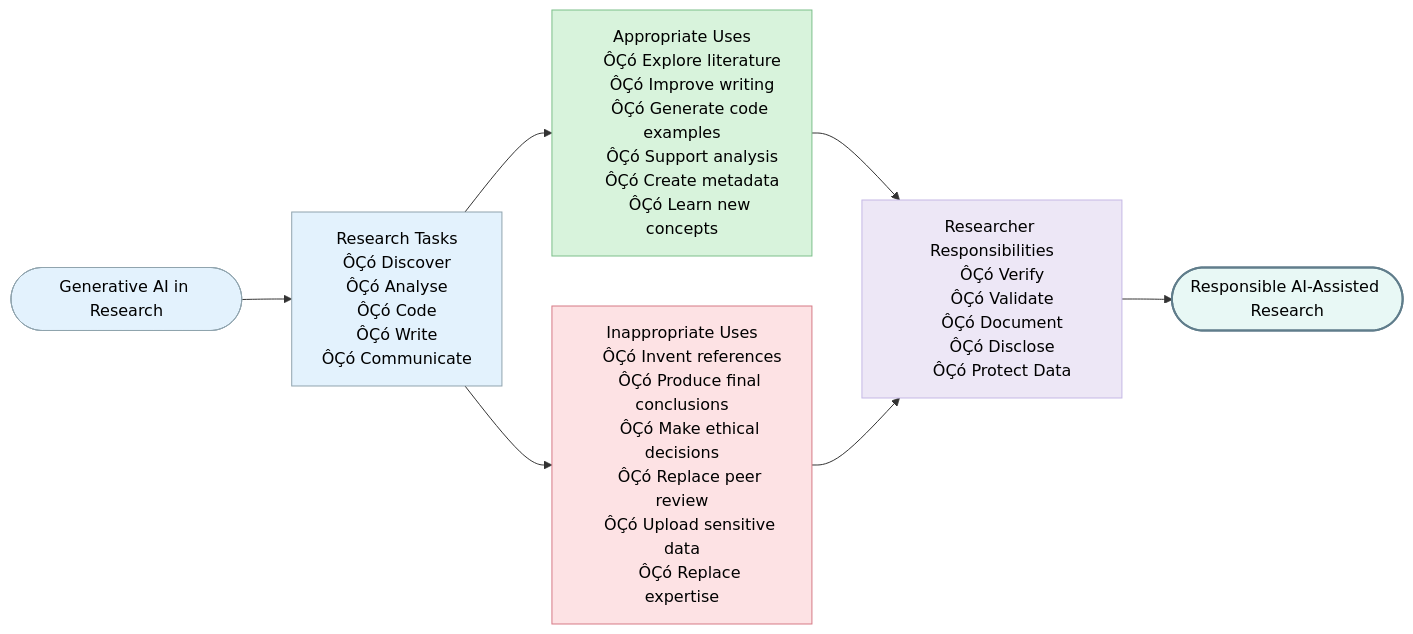
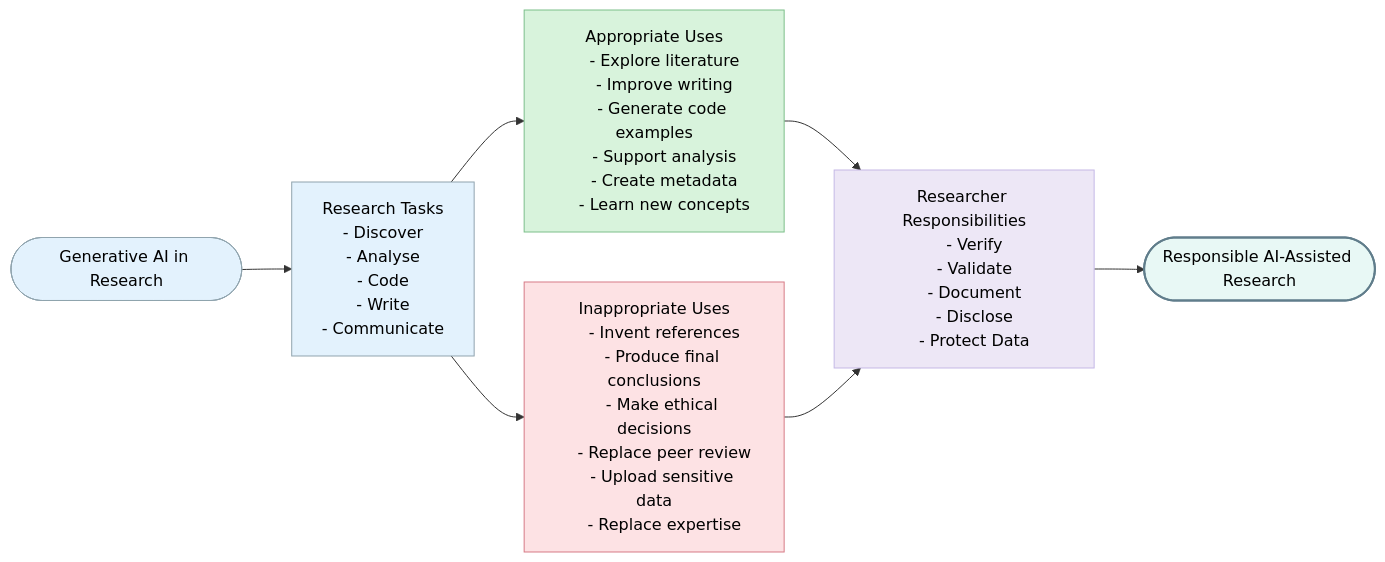
The first of 2 diagrams in 5.3-Responsible-Use-of-Generative-AI-in-Research.md (Digital-Future-Institute/CoARA), drawn with Mermaid before and after one commit. The commit also changed other lines of this file and 50 other files, not shown here.

````diff
--- a/5.3-Responsible-Use-of-Generative-AI-in-Research.md
+++ b/5.3-Responsible-Use-of-Generative-AI-in-Research.md
@@ -91,59 +91,59 @@
 ```mermaid
 flowchart LR
 
     A([Generative AI in Research])
 
     B["Research Tasks
-    ÔÇó Discover
-    ÔÇó Analyse
-    ÔÇó Code
-    ÔÇó Write
-    ÔÇó Communicate"]
+    - Discover
+    - Analyse
+    - Code
+    - Write
+    - Communicate"]
 
     A --> B
 
     C["Appropriate Uses
-    ÔÇó Explore literature
-    ÔÇó Improve writing
-    ÔÇó Generate code examples
-    ÔÇó Support analysis
-    ÔÇó Create metadata
-    ÔÇó Learn new concepts"]
+    - Explore literature
+    - Improve writing
+    - Generate code examples
+    - Support analysis
+    - Create metadata
+    - Learn new concepts"]
 
     D["Inappropriate Uses
-    ÔÇó Invent references
-    ÔÇó Produce final conclusions
-    ÔÇó Make ethical decisions
-    ÔÇó Replace peer review
-    ÔÇó Upload sensitive data
-    ÔÇó Replace expertise"]
+    - Invent references
+    - Produce final conclusions
+    - Make ethical decisions
+    - Replace peer review
+    - Upload sensitive data
+    - Replace expertise"]
 
     B --> C
     B --> D
 
     E["Researcher Responsibilities
-    ÔÇó Verify
-    ÔÇó Validate
-    ÔÇó Document
-    ÔÇó Disclose
-    ÔÇó Protect Data"]
+    - Verify
+    - Validate
+    - Document
+    - Disclose
+    - Protect Data"]
 
     C --> E
     D --> E
 
     F([Responsible AI-Assisted Research])
 
     E --> F
 
     classDef blue fill:#E3F2FD,stroke:#90A4AE,color:#000;
     classDef green fill:#D8F3DC,stroke:#7CBF8A,color:#000;
     classDef red fill:#FDE2E4,stroke:#D67A86,color:#000;
     classDef purple fill:#EDE7F6,stroke:#C5B8E6,color:#000;
     classDef outcome fill:#E8F8F5,stroke:#607D8B,color:#000,stroke-width:2px;
 
     class A,B blue
     class C green
     class D red
     class E purple
     class F outcome
 ```
````
